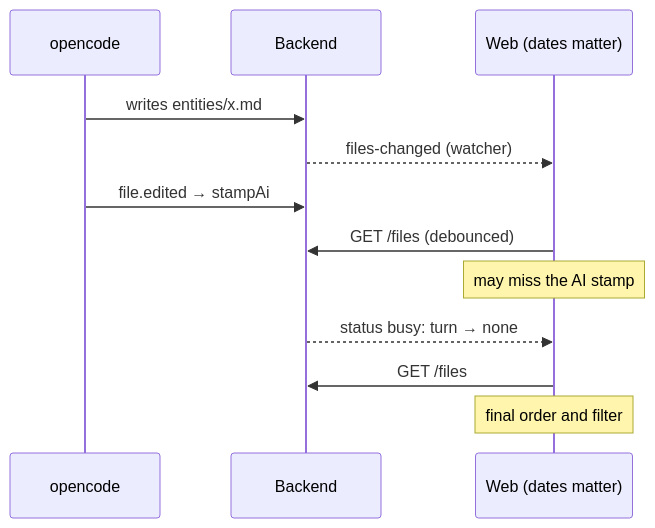
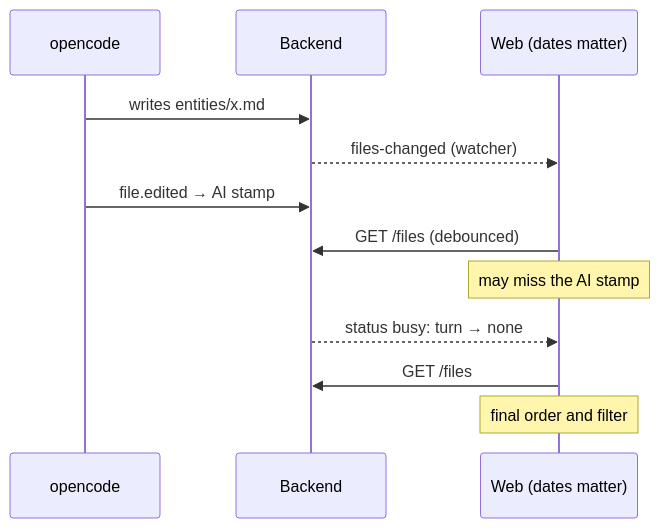
Before and after one commit to tillg/karpathy.app: the third of 3 diagrams in specs/changes/note-sort-options/architecture.md, drawn with Mermaid. The commit also changed other lines of this file and 22 other files, not shown here.

````diff
--- a/specs/changes/note-sort-options/architecture.md
+++ b/specs/changes/note-sort-options/architecture.md
@@ -200,14 +206,14 @@
 ```mermaid
 sequenceDiagram
     participant O as opencode
     participant B as Backend
     participant W as Web (dates matter)
     O->>B: writes entities/x.md
     B-->>W: files-changed (watcher)
-    O->>B: file.edited → stampAi
+    O->>B: file.edited → AI stamp
     W->>B: GET /files (debounced)
     Note over W: may miss the AI stamp
     B-->>W: status busy: turn → none
     W->>B: GET /files
     Note over W: final order and filter
 ```
````
